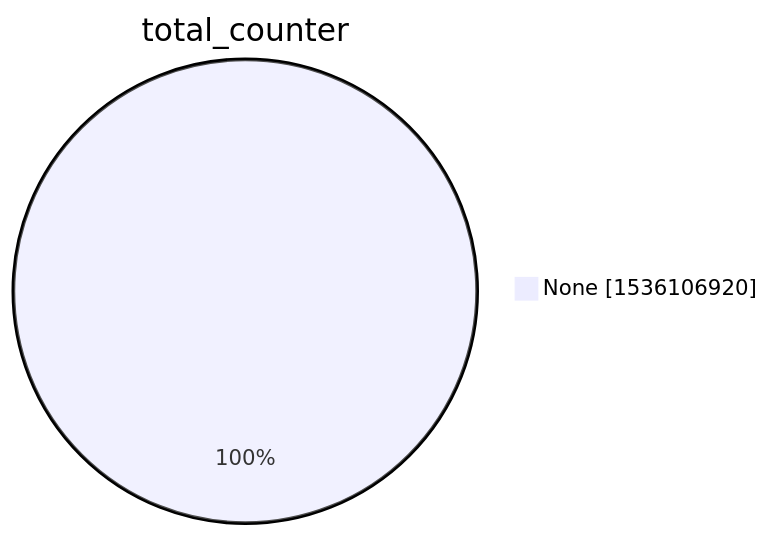
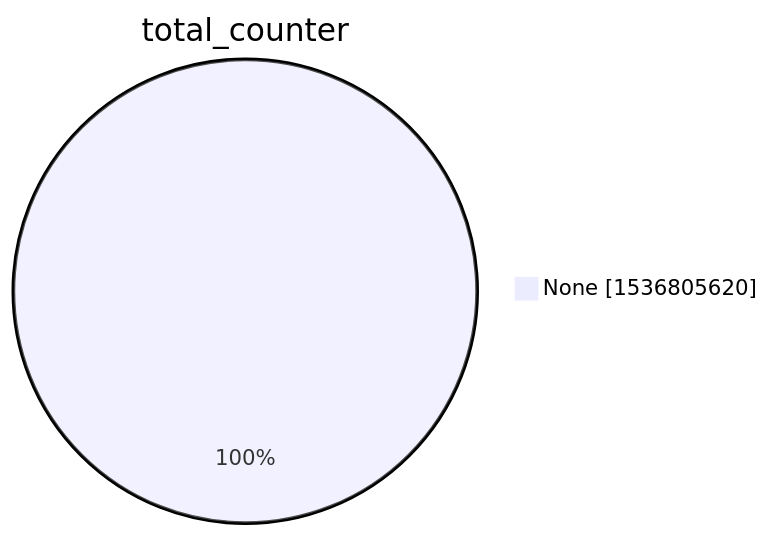
One commit to christiankrug/ctmonitor_visualization changed the second of 15 diagrams in xenon2022/README.md. Above: the diagram before and after it, drawn with Mermaid. The commit also changed other lines of this file, not shown here.

````diff
--- a/xenon2022/README.md
+++ b/xenon2022/README.md
@@ -9,5 +9,5 @@
 ```mermaid
 pie showData
 title total_counter
-"None" :1536106920
+"None" :1536805620
 ```
````
